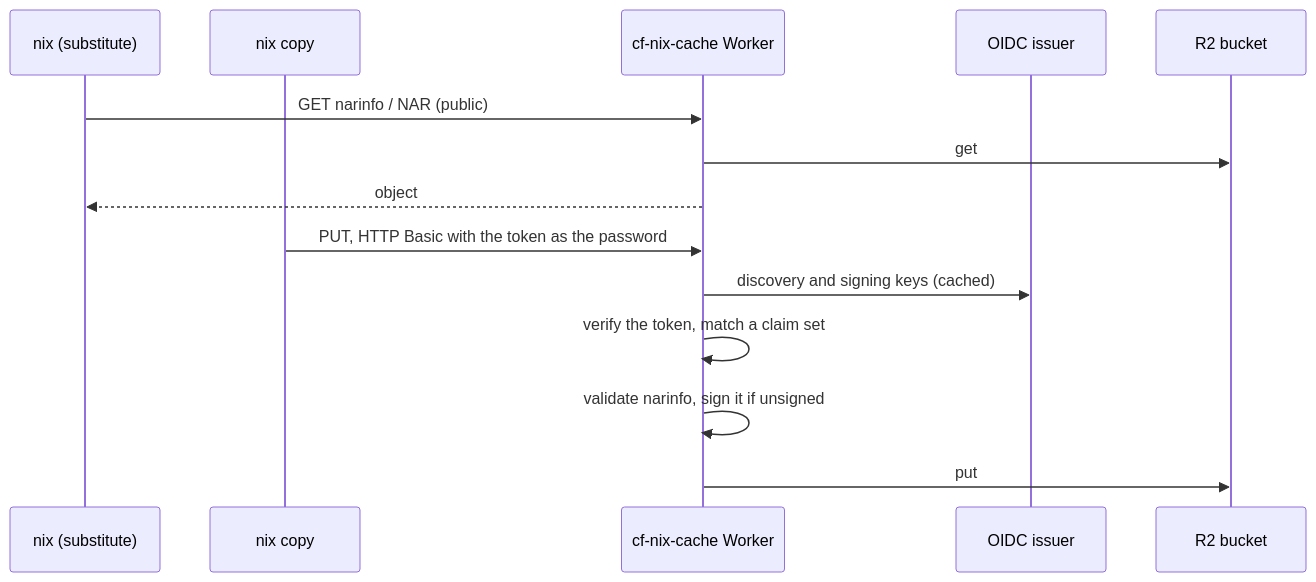
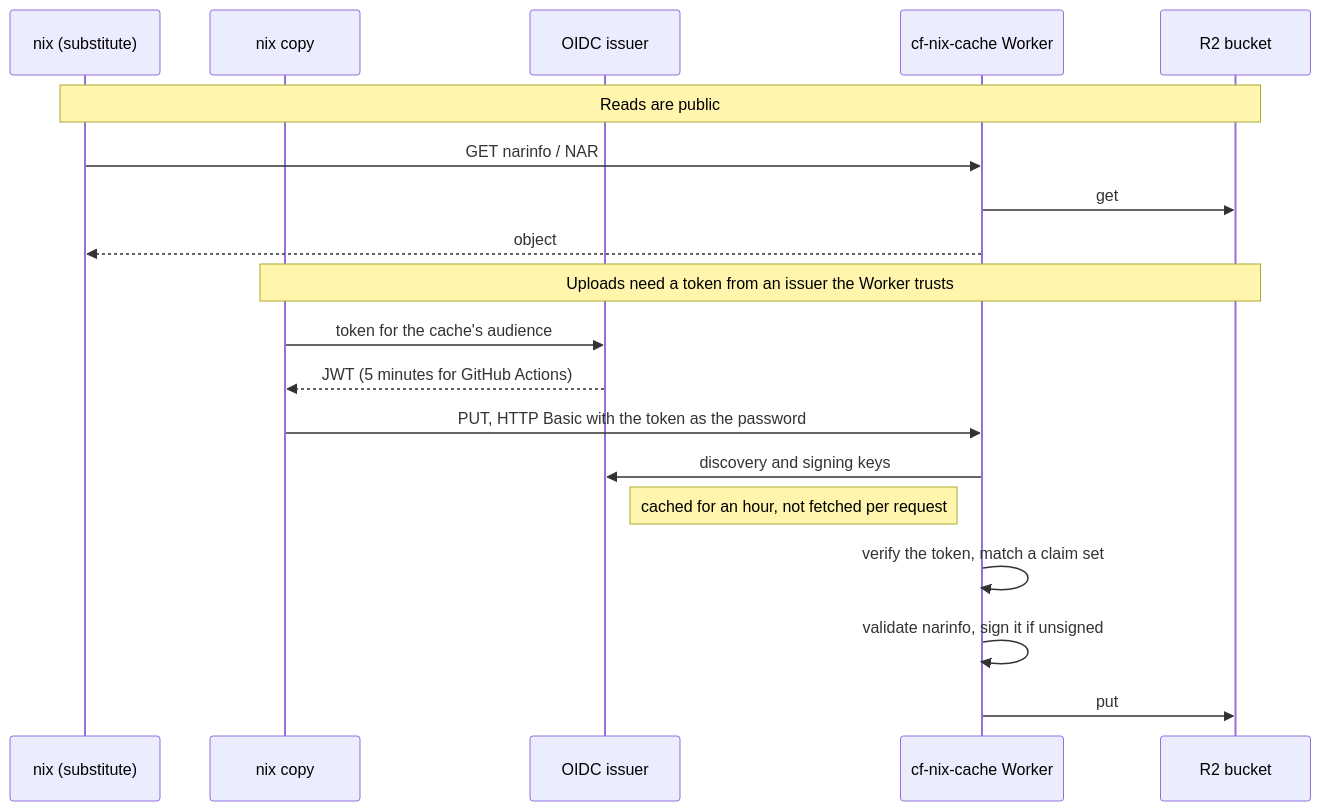
The diagram in README.md (cf-contrib/cf-nix), drawn with Mermaid before and after one commit.

Commit message:
docs: notes and the token step in the README's diagram [skip ci]

````diff
--- a/README.md
+++ b/README.md
@@ -27,17 +27,23 @@
 ```mermaid
 sequenceDiagram
     participant Reader as nix (substitute)
     participant Uploader as nix copy
+    participant Issuer as OIDC issuer
     participant Worker as cf-nix-cache Worker
-    participant Issuer as OIDC issuer
     participant R2 as R2 bucket
 
-    Reader->>Worker: GET narinfo / NAR (public)
+    Note over Reader,R2: Reads are public
+    Reader->>Worker: GET narinfo / NAR
     Worker->>R2: get
     Worker-->>Reader: object
+
+    Note over Uploader,R2: Uploads need a token from an issuer the Worker trusts
+    Uploader->>Issuer: token for the cache's audience
+    Issuer-->>Uploader: JWT (5 minutes for GitHub Actions)
     Uploader->>Worker: PUT, HTTP Basic with the token as the password
-    Worker->>Issuer: discovery and signing keys (cached)
+    Worker->>Issuer: discovery and signing keys
+    Note right of Issuer: cached for an hour, not fetched per request
     Worker->>Worker: verify the token, match a claim set
     Worker->>Worker: validate narinfo, sign it if unsigned
     Worker->>R2: put
 ```
````
